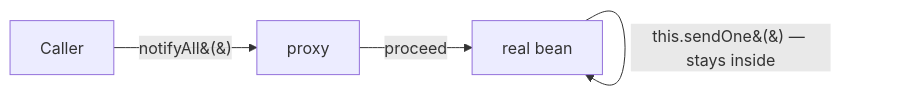
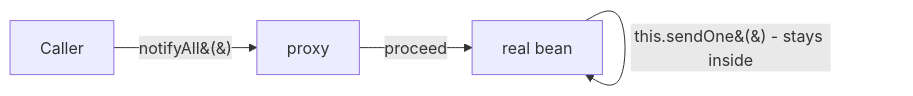
Before and after one commit to Topurrra/themissingmanual: the second of 2 diagrams in guides/frameworks/spring-framework-from-zero/06-spring-aop-and-proxies.md, drawn with Mermaid. The commit also changed other lines of this file and 1009 other files, not shown here.

````diff
--- a/guides/frameworks/spring-framework-from-zero/06-spring-aop-and-proxies.md
+++ b/guides/frameworks/spring-framework-from-zero/06-spring-aop-and-proxies.md
@@ -227,6 +227,6 @@
 ```mermaid
 flowchart LR
   Caller -->|notifyAll&#40;&#41;| Proxy[proxy]
   Proxy -->|proceed| Real[real bean]
-  Real -->|this.sendOne&#40;&#41; — stays inside| Real
+  Real -->|this.sendOne&#40;&#41; - stays inside| Real
 ```
````
